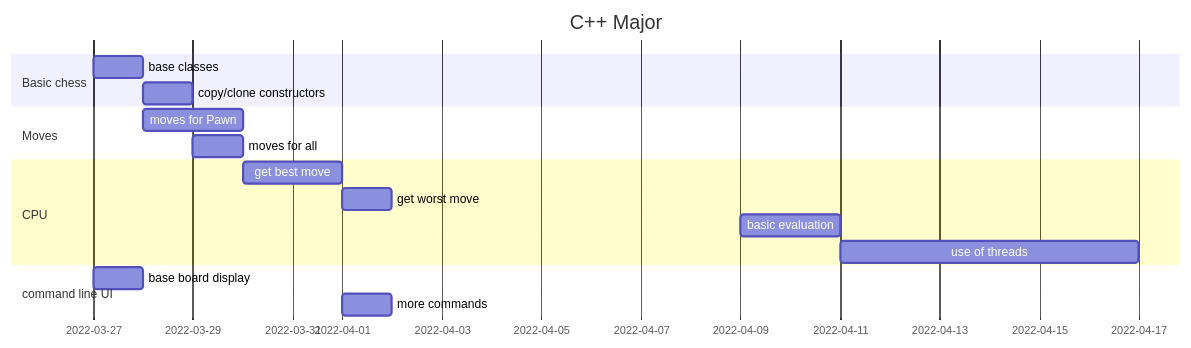
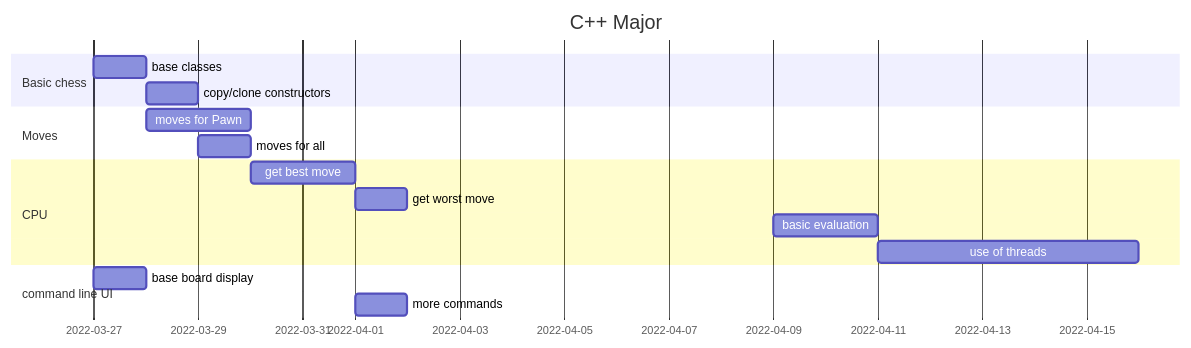
The diagram in README.md (ThomasByr/chess), drawn with Mermaid before and after one commit.

Commit message:
latest version of README file

````diff
--- a/README.md
+++ b/README.md
@@ -151,19 +151,19 @@
 ```mermaid
 gantt
     title C++ Major
     dateFormat  YYYY-MM-DD
     section Basic chess
     base classes            : 2022-03-27, 1d
     copy/clone constructors : 1d
     section Moves
     moves for Pawn : 2022-03-28, 2d
     moves for all  : 2022-03-29, 1d
     section CPU
     get best move    : 2022-03-30, 2d
     get worst move   : 1d
     basic evaluation : 2022-04-09, 2d
-    use of threads   : 2022-04-11, 6d
+    use of threads   : 2022-04-11, 5d
     section command line UI
     base board display : 2022-03-27, 1d
     more commands      : 2022-04-01, 1d
 ```
````
